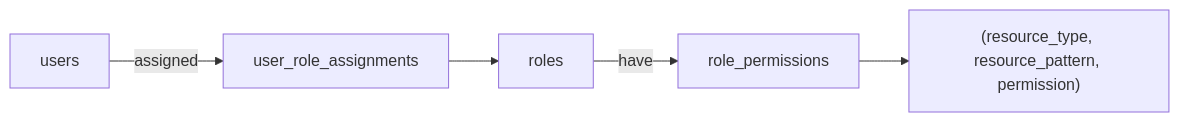
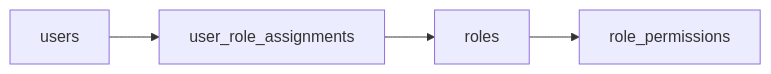
One commit to mlflow/mlflow changed the diagram in docs/docs/self-hosting/security/role-based-access-control.mdx. Above: the diagram before and after it, drawn with Mermaid. The commit also changed other lines of this file and 2 other files, not shown here.

````diff
--- a/docs/docs/self-hosting/security/role-based-access-control.mdx
+++ b/docs/docs/self-hosting/security/role-based-access-control.mdx
@@ -27,7 +27,6 @@
 ```mermaid
 flowchart LR
-    Users[users] -->|assigned| URA[user_role_assignments]
+    Users[users] --> URA[user_role_assignments]
     URA --> Roles[roles]
-    Roles -->|have| RP[role_permissions]
-    RP --> Tuple["(resource_type, resource_pattern, permission)"]
+    Roles --> RP[role_permissions]
 ```
````
